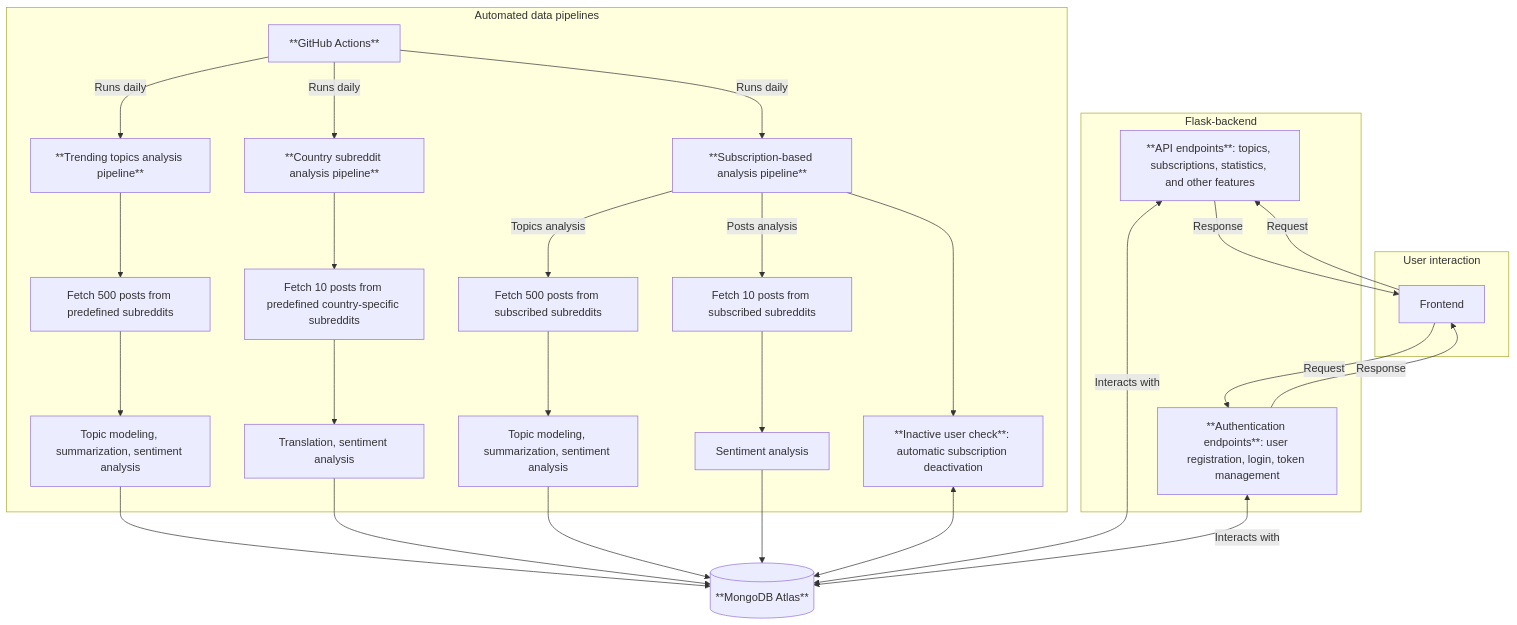
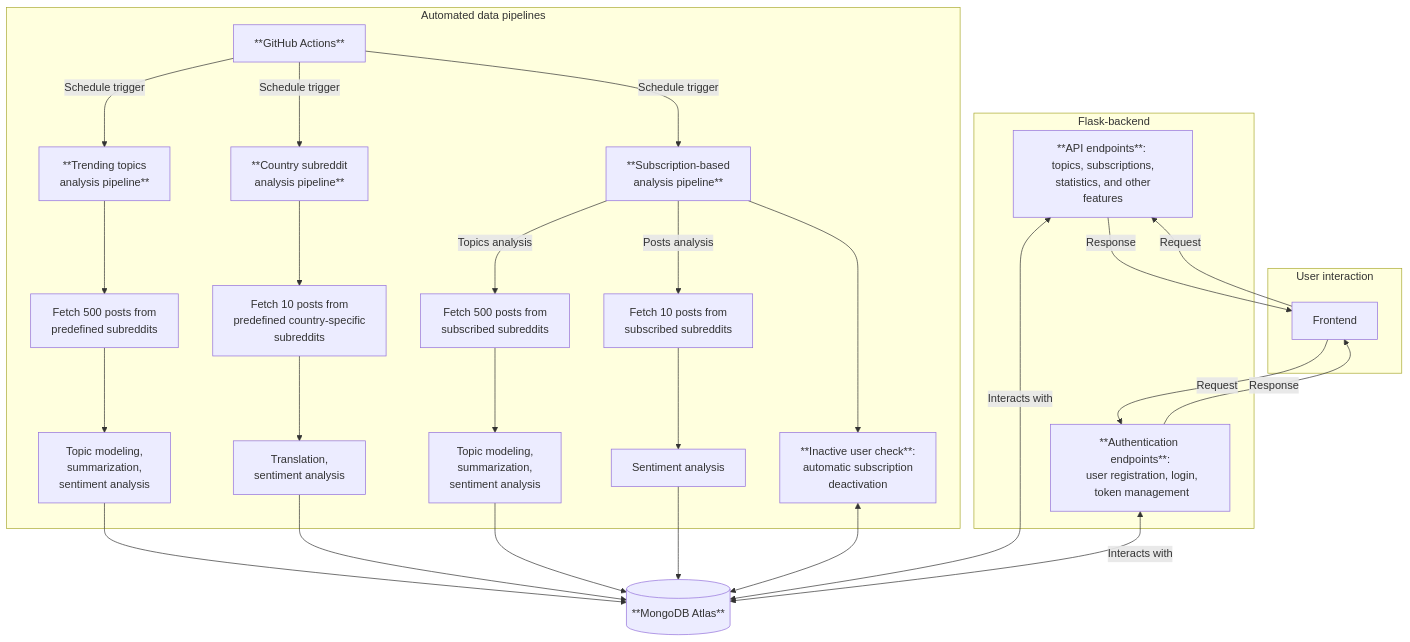
Before and after one commit to ohjelmistoprojekti-ii-reddit-app/reddit-app-backend: the diagram in README.md, drawn with Mermaid. The commit also changed other lines of this file, not shown here.

Commit message:
Improve README readability

````diff
--- a/README.md
+++ b/README.md
@@ -48,38 +48,38 @@
 ```mermaid
 graph TD
   subgraph Flask-backend
-      A[**API endpoints**: topics, subscriptions, statistics, and other features]
-      N[**Authentication endpoints**: user registration, login, token management]
+      A[**API endpoints**: <br>topics, subscriptions,<br> statistics, and other features]
+      N[**Authentication endpoints**:<br> user registration, login,<br> token management]
   end
 
   subgraph Automated data pipelines
       I[**GitHub Actions**]
-      I -->|Runs daily| J[**Trending topics analysis pipeline**]
-      I -->|Runs daily| K[**Country subreddit analysis pipeline**]
-      I -->|Runs daily| L[**Subscription-based analysis pipeline**]
+      I -->|Schedule trigger| J[**Trending topics<br> analysis pipeline**]
+      I -->|Schedule trigger| K[**Country subreddit<br> analysis pipeline**]
+      I -->|Schedule trigger| L[**Subscription-based<br> analysis pipeline**]
 
-      J --> J1[Fetch 500 posts from predefined subreddits] --> J2[Topic modeling, summarization, sentiment analysis]
-      K --> K1[Fetch 10 posts from predefined country-specific subreddits] --> K2[Translation, sentiment analysis]
-      L --> |Topics analysis| L1[Fetch 500 posts from subscribed subreddits] --> L2[Topic modeling, summarization, sentiment analysis]
-      L --> |Posts analysis| L3[Fetch 10 posts from subscribed subreddits] --> L4[Sentiment analysis]
-      L --> X[**Inactive user check**: automatic subscription deactivation]
+      J --> J1[Fetch 500 posts from<br> predefined subreddits] --> J2[Topic modeling,<br> summarization,<br> sentiment analysis]
+      K --> K1[Fetch 10 posts from <br>predefined country-specific<br> subreddits] --> K2[Translation,<br> sentiment analysis]
+      L --> |Topics analysis| L1[Fetch 500 posts from <br>subscribed subreddits] --> L2[Topic modeling, <br>summarization,<br> sentiment analysis]
+      L --> |Posts analysis| L3[Fetch 10 posts from <br>subscribed subreddits] --> L4[Sentiment analysis]
+      L --> X[**Inactive user check**:<br> automatic subscription<br> deactivation]
   end
 
   J2 --> D
   K2 --> D
   L2 --> D
   L4 --> D
   X <--> D
 
   subgraph User interaction
       M[Frontend]
       M -->|Request| A
       A -->|Response| M
       M -->|Request| N
       N -->|Response| M
   end
 
   D[(**MongoDB Atlas**)]
   A <-->|Interacts with| D
   N <-->|Interacts with| D
 ```
````
